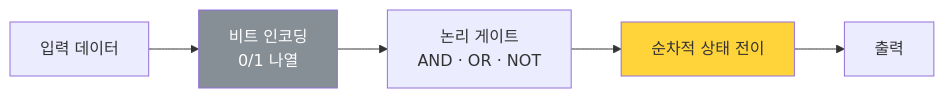
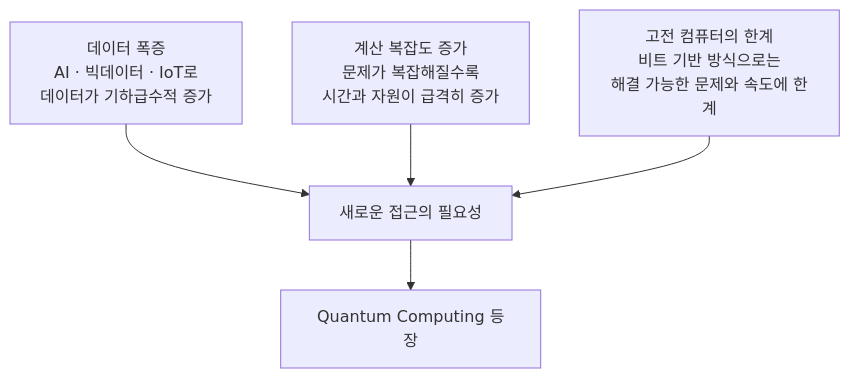
One commit to umyunsang/edu changed the diagram in ComputerScience/03_ai-ml-data/quantum-ml/02. 왜 양자 컴퓨팅인가.md. Above: the diagram before and after it, drawn with Mermaid. The commit also changed other lines of this file, not shown here.

Commit message:
Auto-save: Updated ComputerScience/03_ai-ml-data/quantum-ml/02. 왜 양자 컴퓨팅인가.md

````diff
--- a/ComputerScience/03_ai-ml-data/quantum-ml/02. 왜 양자 컴퓨팅인가.md
+++ b/ComputerScience/03_ai-ml-data/quantum-ml/02. 왜 양자 컴퓨팅인가.md
@@ -40,10 +80,7 @@
 ```mermaid
-flowchart LR
-    IN["입력 데이터"] --> ENC["비트 인코딩<br/>0/1 나열"]
-    ENC --> LOGIC["논리 게이트<br/>AND · OR · NOT"]
-    LOGIC --> SEQ["순차적 상태 전이"]
-    SEQ --> OUT["출력"]
-
-    style ENC fill:#868e96,color:#fff
-    style SEQ fill:#ffd43b,color:#333
+flowchart TB
+    L1["데이터 폭증<br/>AI · 빅데이터 · IoT로<br/>데이터가 기하급수적 증가"] --> N["새로운 접근의 필요성"]
+    L2["계산 복잡도 증가<br/>문제가 복잡해질수록<br/>시간과 자원이 급격히 증가"] --> N
+    L3["고전 컴퓨터의 한계<br/>비트 기반 방식으로는<br/>해결 가능한 문제와 속도에 한계"] --> N
+    N --> Q["Quantum Computing 등장"]
 ```
````
